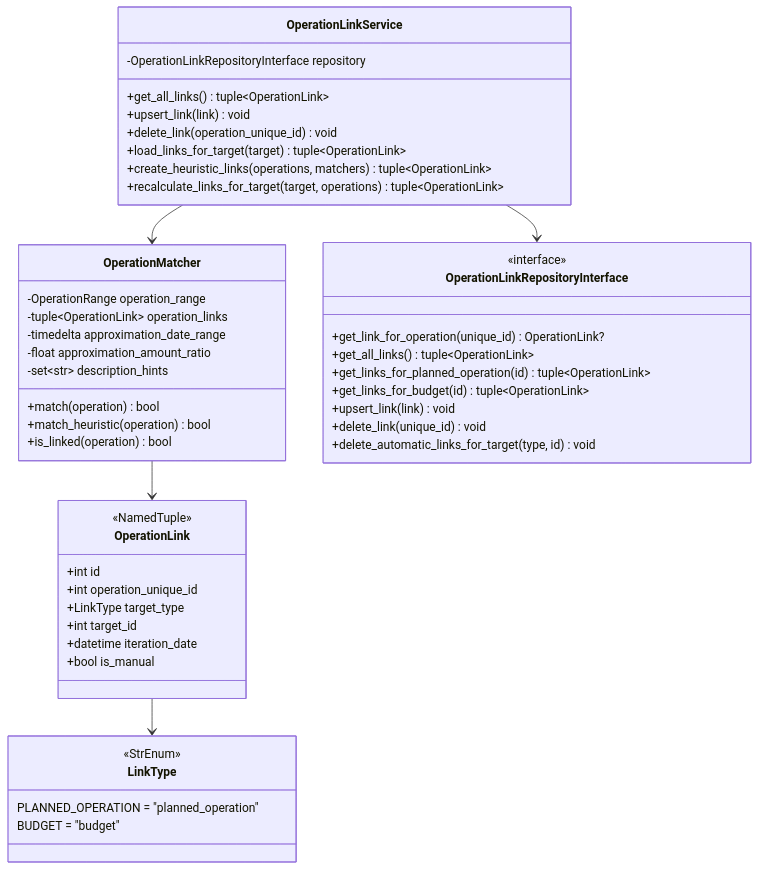
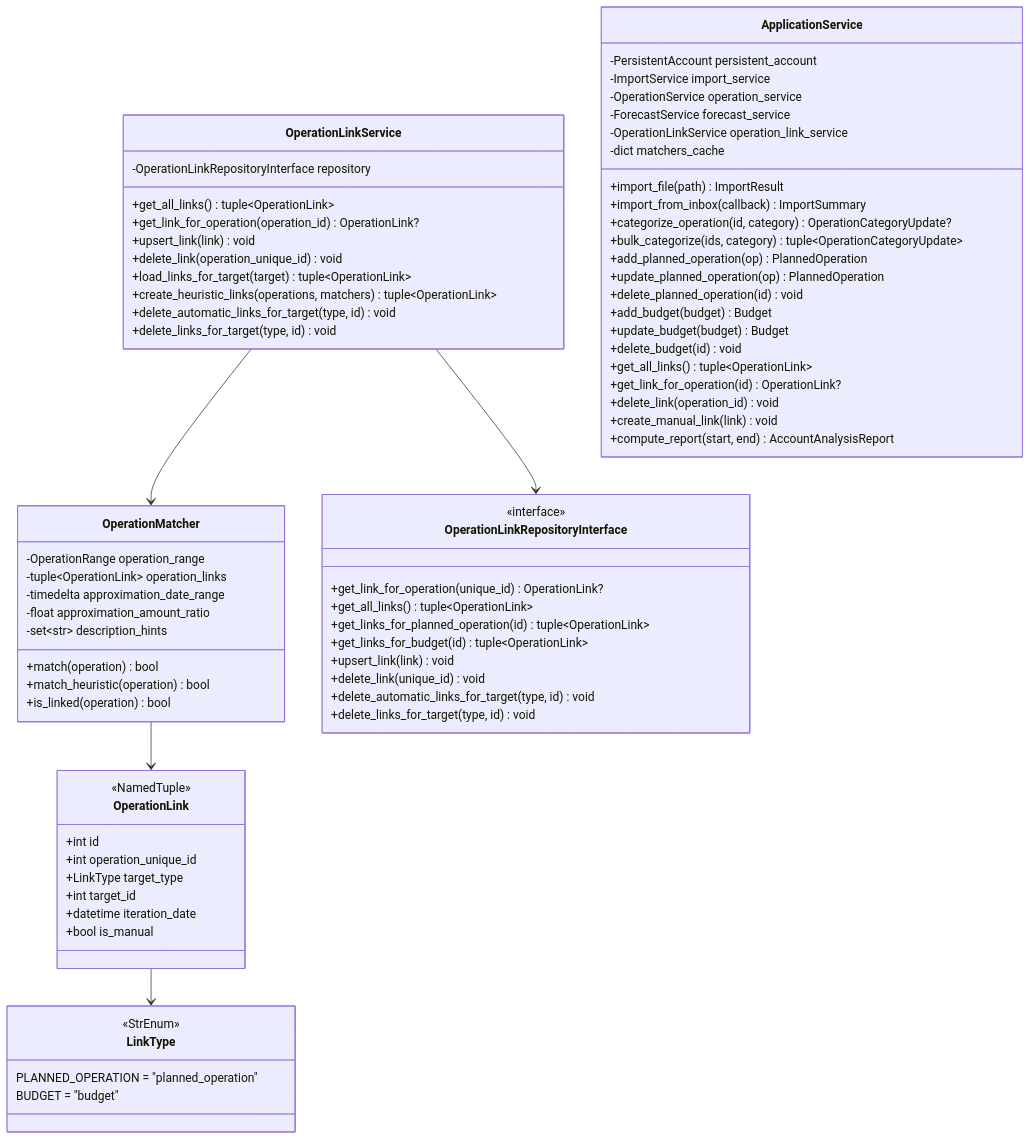
Before and after one commit to corentin-core/budget-forecaster: the second of 8 diagrams in docs/dev/operation-links.md, drawn with Mermaid. The commit also changed other lines of this file and 30 other files, not shown here.

First line of the commit message:
feat: introduce ApplicationService as central orchestrator (#71) (#89)

````diff
--- a/docs/dev/operation-links.md
+++ b/docs/dev/operation-links.md
@@ -63,55 +75,82 @@
 ```mermaid
 classDiagram
     class LinkType {
         <<StrEnum>>
         PLANNED_OPERATION = "planned_operation"
         BUDGET = "budget"
     }
 
     class OperationLink {
         <<NamedTuple>>
         +int id
         +int operation_unique_id
         +LinkType target_type
         +int target_id
         +datetime iteration_date
         +bool is_manual
     }
 
     class OperationMatcher {
         -OperationRange operation_range
         -tuple~OperationLink~ operation_links
         -timedelta approximation_date_range
         -float approximation_amount_ratio
         -set~str~ description_hints
         +match(operation) bool
         +match_heuristic(operation) bool
         +is_linked(operation) bool
     }
 
     class OperationLinkService {
         -OperationLinkRepositoryInterface repository
         +get_all_links() tuple~OperationLink~
+        +get_link_for_operation(operation_id) OperationLink?
         +upsert_link(link) void
         +delete_link(operation_unique_id) void
         +load_links_for_target(target) tuple~OperationLink~
         +create_heuristic_links(operations, matchers) tuple~OperationLink~
-        +recalculate_links_for_target(target, operations) tuple~OperationLink~
+        +delete_automatic_links_for_target(type, id) void
+        +delete_links_for_target(type, id) void
+    }
+
+    class ApplicationService {
+        -PersistentAccount persistent_account
+        -ImportService import_service
+        -OperationService operation_service
+        -ForecastService forecast_service
+        -OperationLinkService operation_link_service
+        -dict matchers_cache
+        +import_file(path) ImportResult
+        +import_from_inbox(callback) ImportSummary
+        +categorize_operation(id, category) OperationCategoryUpdate?
+        +bulk_categorize(ids, category) tuple~OperationCategoryUpdate~
+        +add_planned_operation(op) PlannedOperation
+        +update_planned_operation(op) PlannedOperation
+        +delete_planned_operation(id) void
+        +add_budget(budget) Budget
+        +update_budget(budget) Budget
+        +delete_budget(id) void
+        +get_all_links() tuple~OperationLink~
+        +get_link_for_operation(id) OperationLink?
+        +delete_link(operation_id) void
+        +create_manual_link(link) void
+        +compute_report(start, end) AccountAnalysisReport
     }
 
     class OperationLinkRepositoryInterface {
         <<interface>>
         +get_link_for_operation(unique_id) OperationLink?
         +get_all_links() tuple~OperationLink~
         +get_links_for_planned_operation(id) tuple~OperationLink~
         +get_links_for_budget(id) tuple~OperationLink~
         +upsert_link(link) void
         +delete_link(unique_id) void
         +delete_automatic_links_for_target(type, id) void
+        +delete_links_for_target(type, id) void
     }
 
     OperationLink --> LinkType
     OperationMatcher --> OperationLink
     OperationLinkService --> OperationLinkRepositoryInterface
     OperationLinkService --> OperationMatcher
 ```
````
